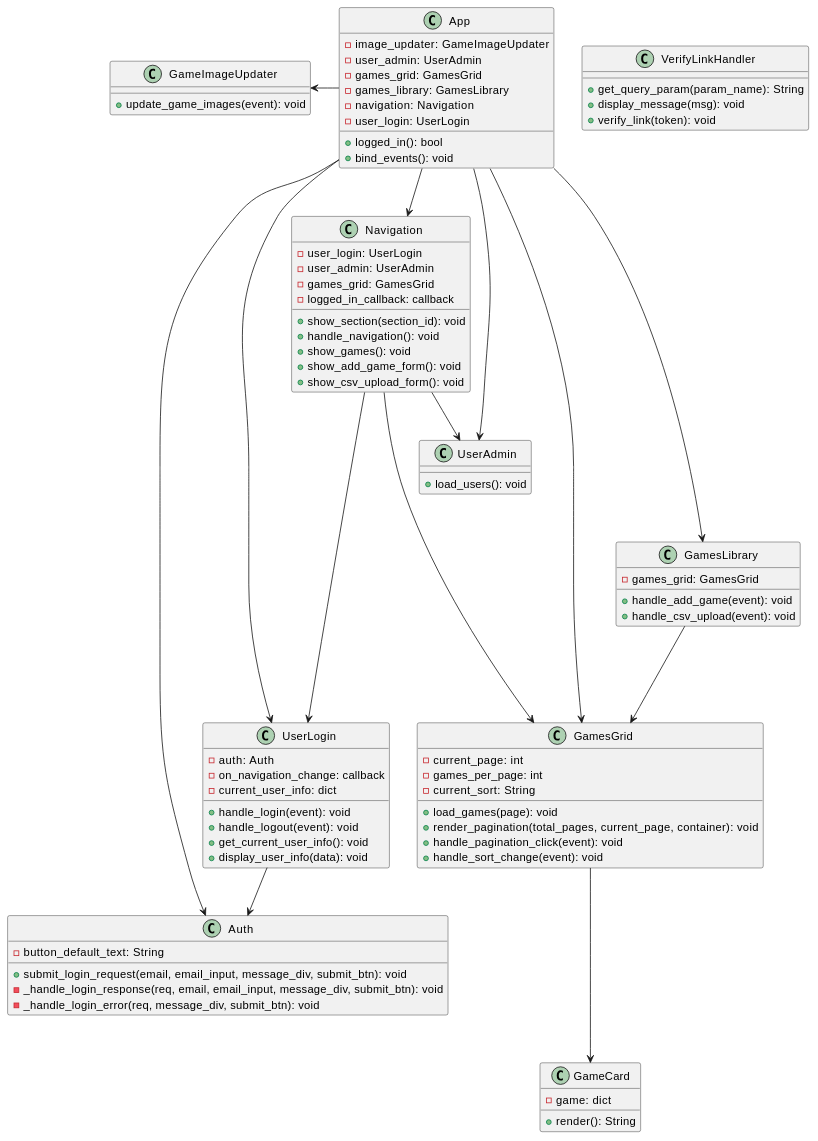
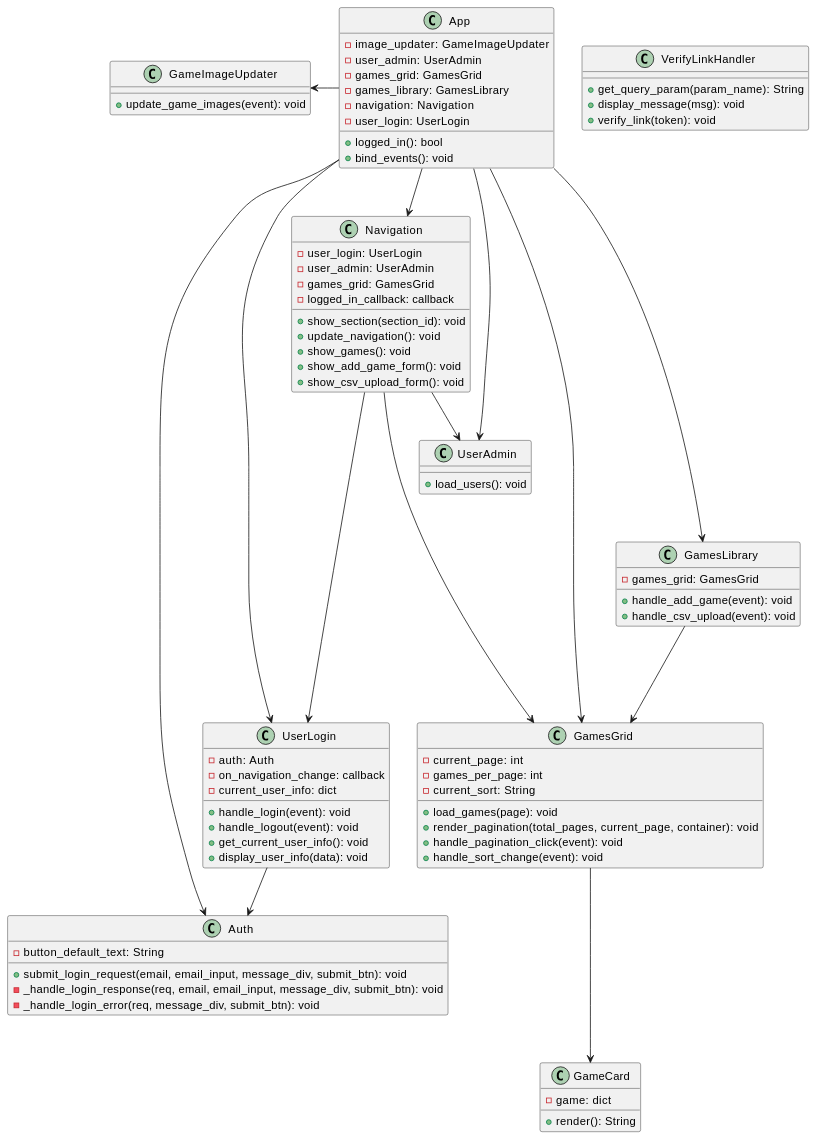
One commit to leshmark/gamegroup changed the fourth of 4 diagrams in Game Group Site.md. Above: the diagram before and after it, drawn with PlantUML. The commit also changed 11 other files, not shown here.

```diff
--- a/Game Group Site.md
+++ b/Game Group Site.md
@@ -192,7 +192,7 @@
     - games_grid: GamesGrid
     - logged_in_callback: callback
     + show_section(section_id): void
-    + handle_navigation(): void
+    + update_navigation(): void
     + show_games(): void
     + show_add_game_form(): void
     + show_csv_upload_form(): void
```
